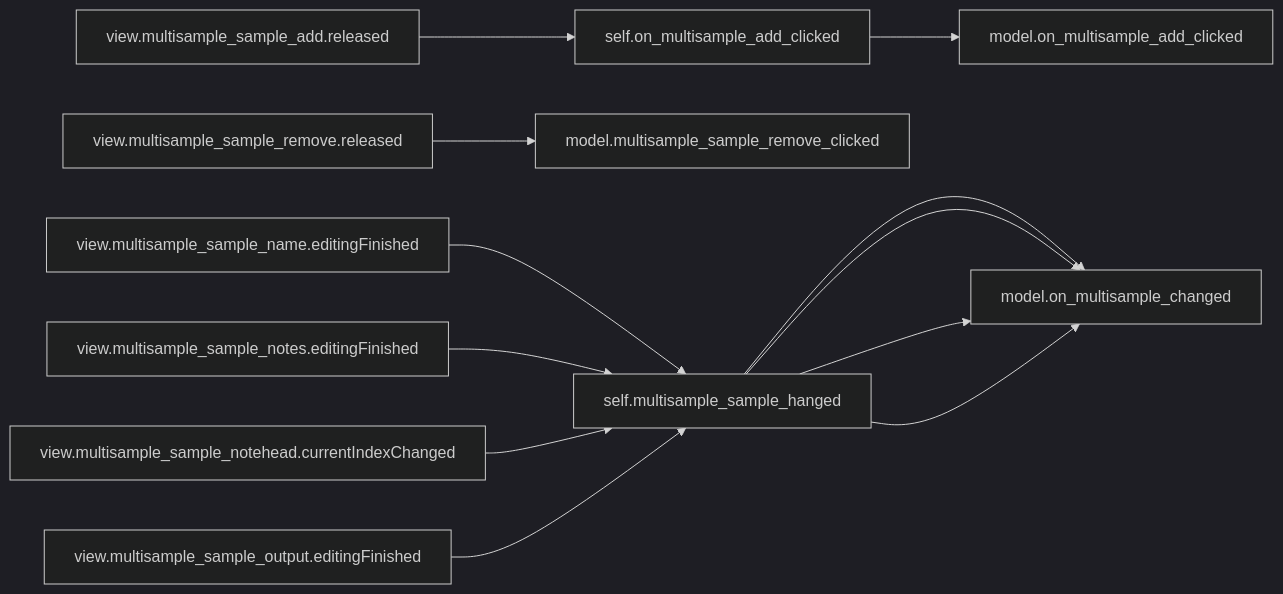
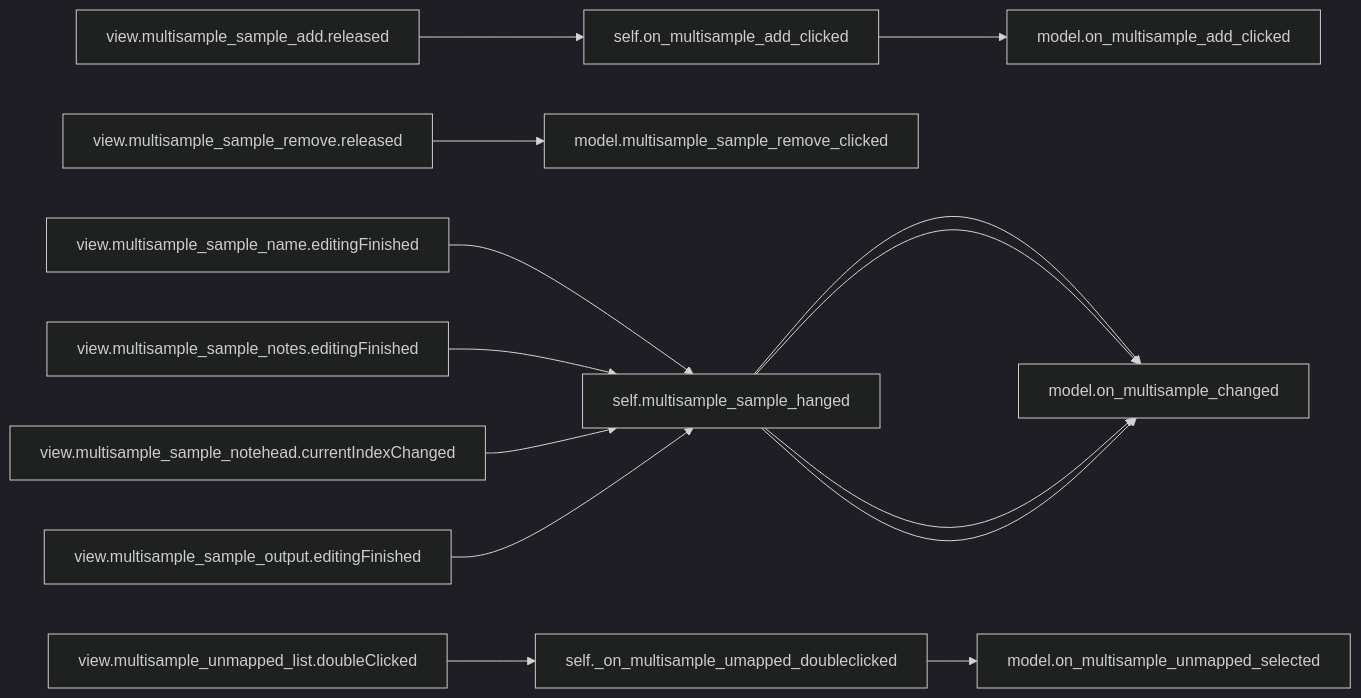
The eighth of 10 diagrams in doc/source/dashboard_signal_slot_map.rst (com-posers-pit/smw_music), drawn with Mermaid (dark theme) before and after one commit. The commit also changed 2 other files, not shown here.

Commit message:
Add "double click unmapped instrument" handling
Now playing:
Starting over by The Crystal Method

```diff
--- a/doc/source/dashboard_signal_slot_map.rst
+++ b/doc/source/dashboard_signal_slot_map.rst
@@ -191,9 +191,10 @@
 .. mermaid::
 
    flowchart LR
       view.multisample_sample_add.released --> self.on_multisample_add_clicked --> model.on_multisample_add_clicked
       view.multisample_sample_remove.released --> model.multisample_sample_remove_clicked
       view.multisample_sample_name.editingFinished --> self.multisample_sample_hanged --> model.on_multisample_changed
       view.multisample_sample_notes.editingFinished --> self.multisample_sample_hanged --> model.on_multisample_changed
       view.multisample_sample_notehead.currentIndexChanged --> self.multisample_sample_hanged --> model.on_multisample_changed
       view.multisample_sample_output.editingFinished --> self.multisample_sample_hanged --> model.on_multisample_changed
+      view.multisample_unmapped_list.doubleClicked --> self._on_multisample_umapped_doubleclicked --> model.on_multisample_unmapped_selected
```
